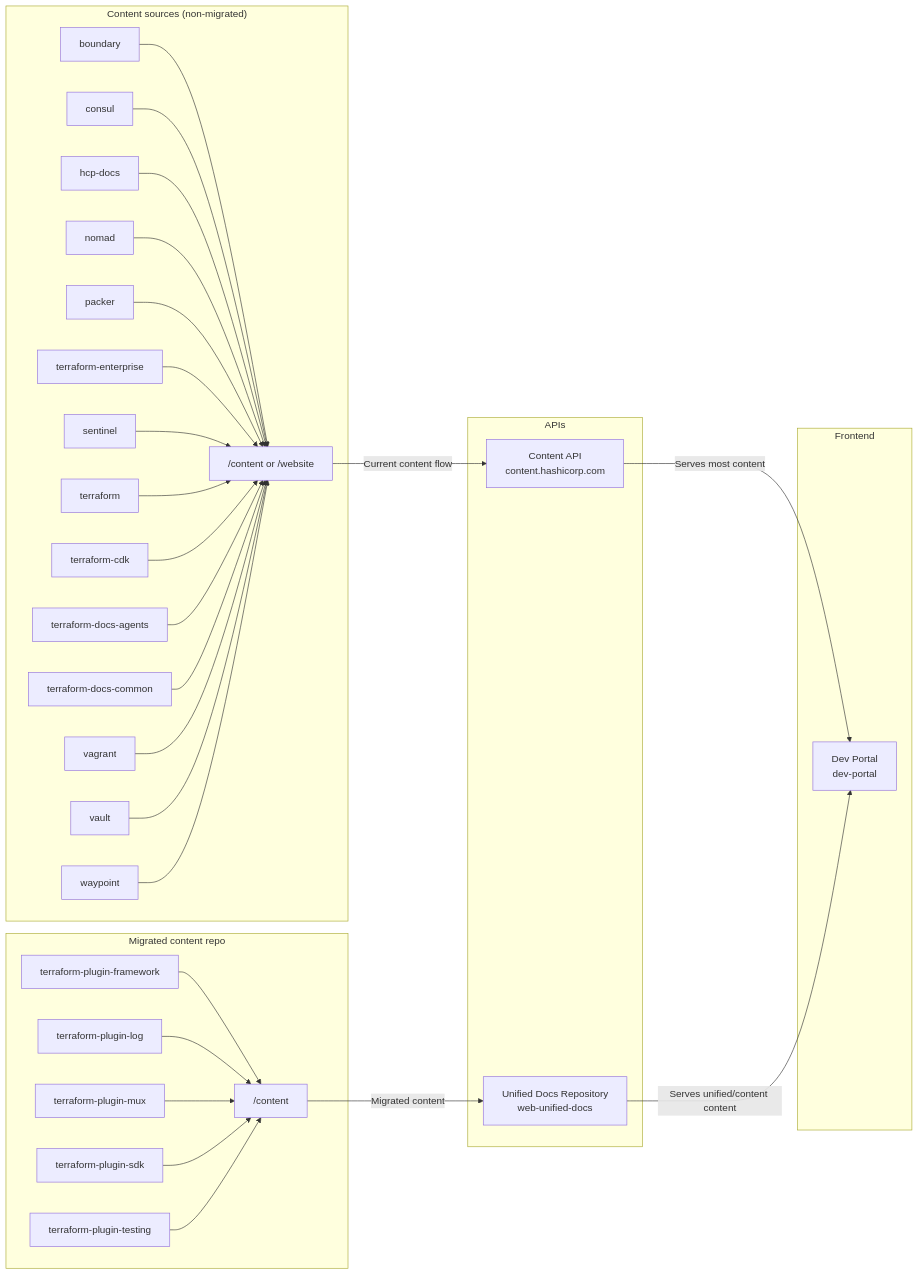
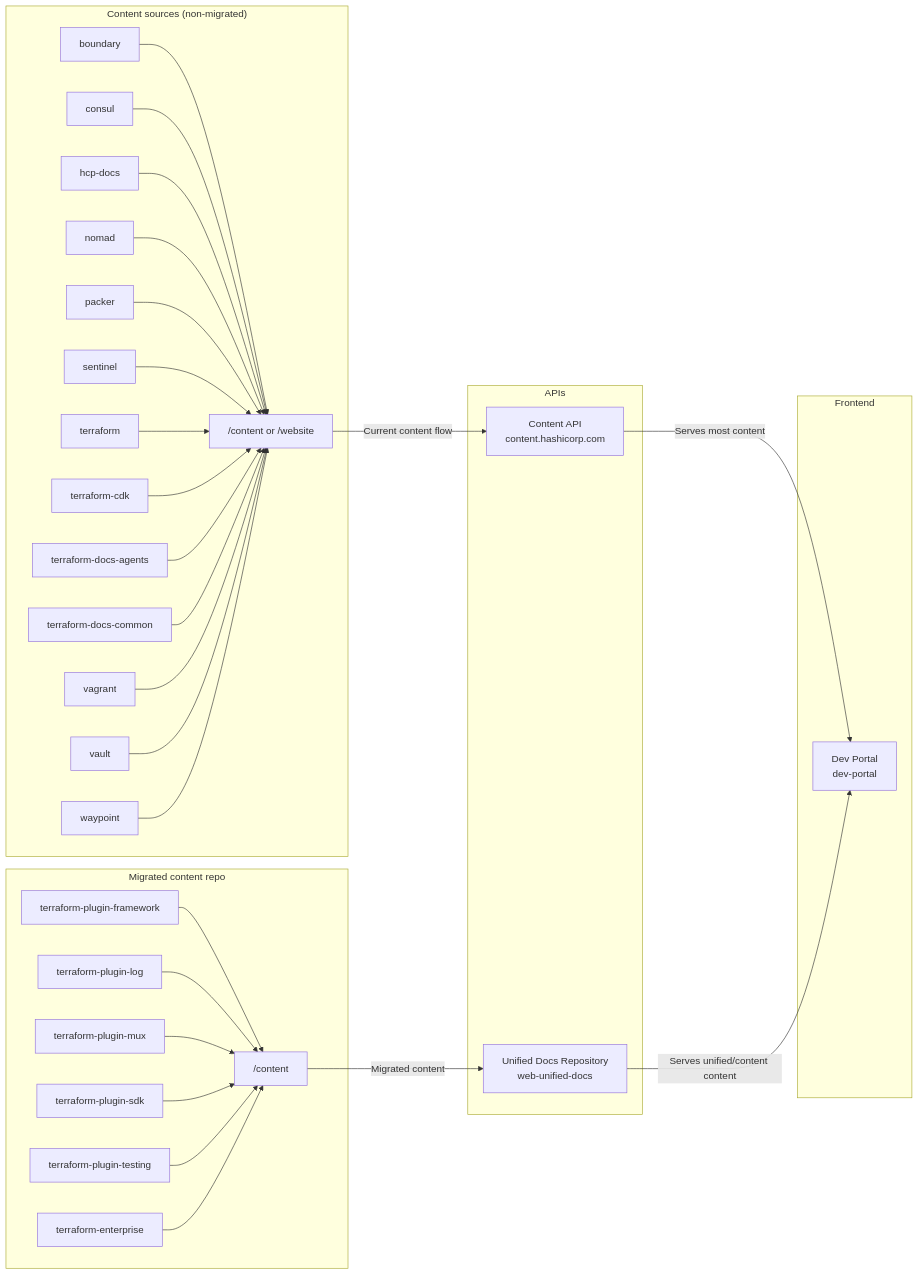
Before and after one commit to hashicorp/web-unified-docs: the diagram in README.md, drawn with Mermaid.

Commit message:
Update mermaid README diagram
Terraform is about to be migrated to UDR, so this diagram needed to be
updated to reflect that

````diff
--- a/README.md
+++ b/README.md
@@ -13,53 +13,53 @@
 ```mermaid
 graph LR
     subgraph "Content sources (non-migrated)"
         BDY[boundary]
         CSL[consul]
         HCP[hcp-docs]
         NMD[nomad]
         PKR[packer]
-        TFE[terraform-enterprise]
         SNT[sentinel]
         TF[terraform]
         TFC[terraform-cdk]
         TFA[terraform-docs-agents]
         TFD[terraform-docs-common]
         VGT[vagrant]
         VLT[vault]
         WPT[waypoint]
 
         CURALL["/content or /website"]
-        BDY & CSL & HCP & NMD & PKR & TFE & SNT & TF & TFC & TFA & TFD & VGT & VLT & WPT --> CURALL
+        BDY & CSL & HCP & NMD & PKR & SNT & TF & TFC & TFA & TFD & VGT & VLT & WPT --> CURALL
     end
 
     subgraph "Migrated content repo"
         TPF[terraform-plugin-framework]
         TPL[terraform-plugin-log]
         TPM[terraform-plugin-mux]
         TPS[terraform-plugin-sdk]
         TPT[terraform-plugin-testing]
+        TFE[terraform-enterprise]
 
         MIGALL["/content"]
-        TPF & TPL & TPM & TPS & TPT --> MIGALL
+        TPF & TPL & TPM & TPS & TPT & TFE --> MIGALL
     end
 
     subgraph "APIs"
         CP[Content API<br>content.hashicorp.com]
         UDR[Unified Docs Repository<br>web-unified-docs]
     end
 
     subgraph "Frontend"
         DP[Dev Portal<br>dev-portal]
     end
 
     %% BDY & CSL & HCP & NMD & PKR & PTF & SNT & TF & TFC & TFA & TFD & VGT & VLT & WPT --> CP
     %% TPF & TPL & TPM & TPS & TPT --> UDR
 
     CURALL -->|Current content flow| CP
     MIGALL -->|Migrated content| UDR
 
     CP -->|Serves most content| DP
     UDR -->|Serves unified/content content| DP
 
     class TPF,TPL,TPM,TPS,TPT,BDY,CSL,HCP,NMD,PKR,PTF,SNT,TF,TFC,TFA,TFD,VGT,VLT,WPT productRepo
 ```
````
